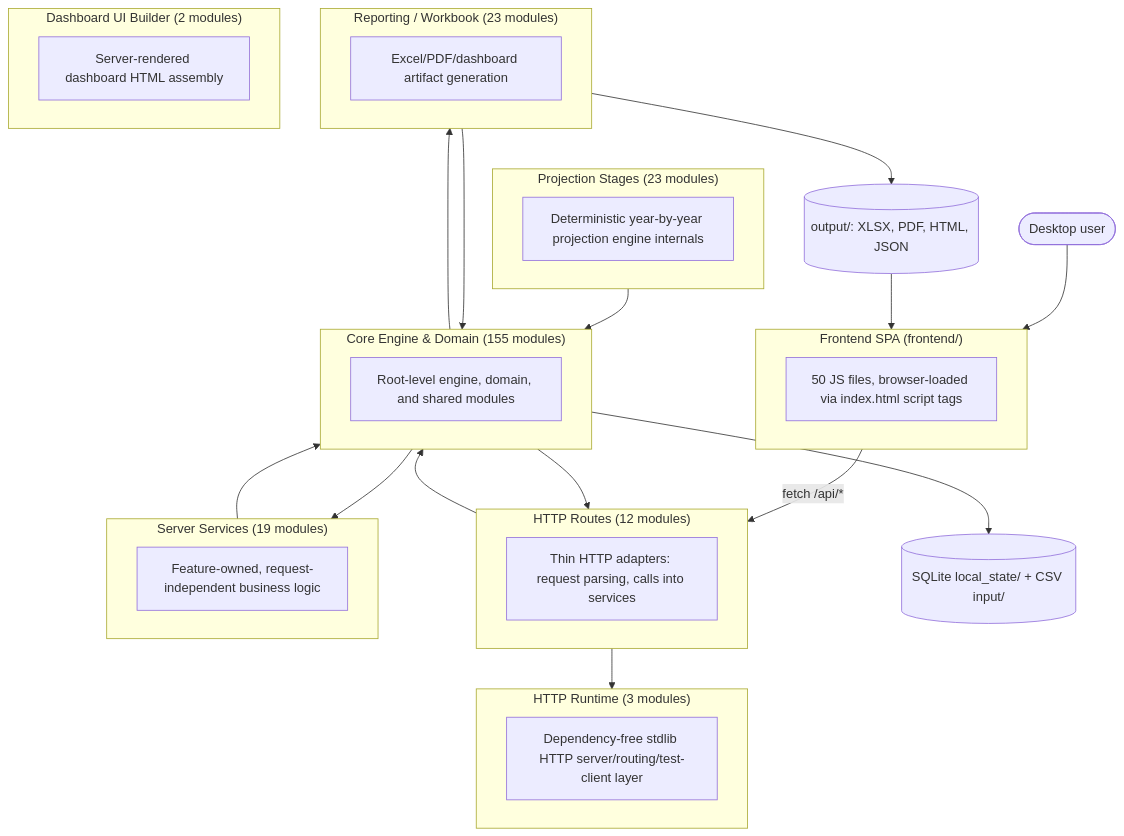
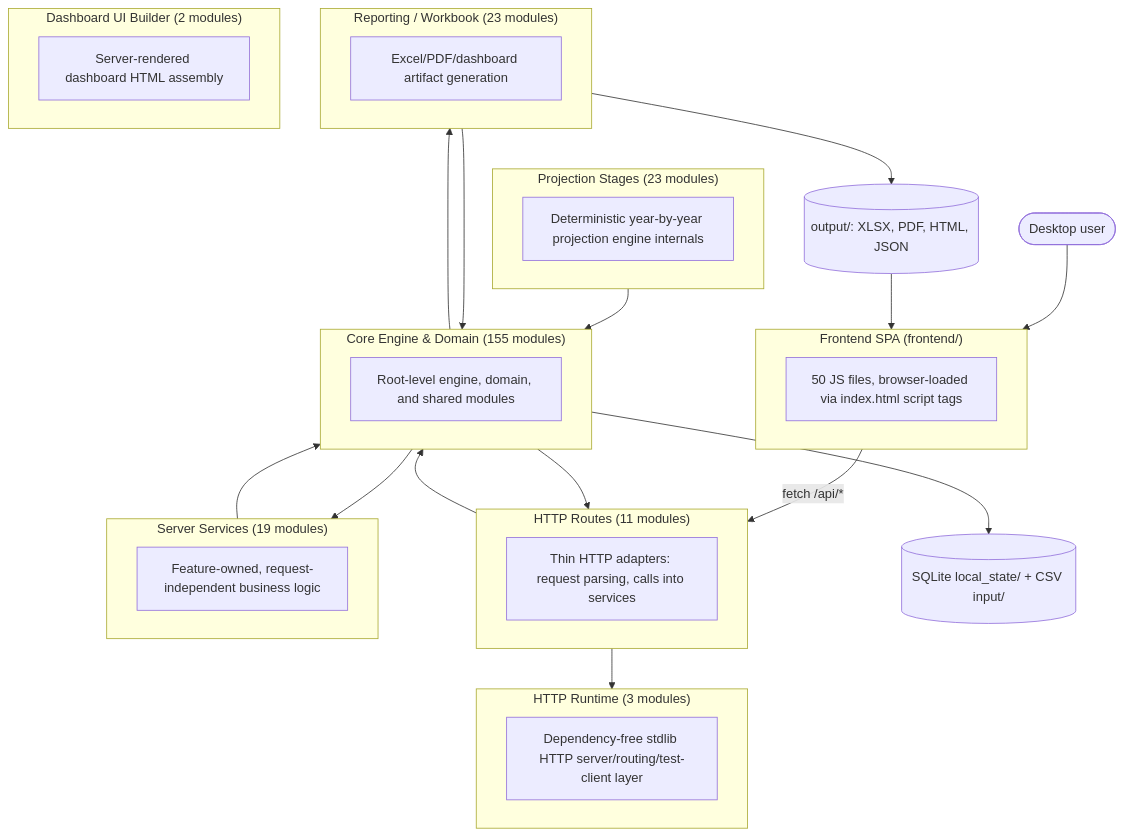
Before and after one commit to matthartzman/retirement_system: the first of 2 diagrams in documentation/reference/SYSTEM_ARCHITECTURE_DIAGRAM.md, drawn with Mermaid. The commit also changed other lines of this file, not shown here.

First line of the commit message:
Regenerate system architecture diagram

````diff
--- a/documentation/reference/SYSTEM_ARCHITECTURE_DIAGRAM.md
+++ b/documentation/reference/SYSTEM_ARCHITECTURE_DIAGRAM.md
@@ -11,40 +11,40 @@
 ```mermaid
 flowchart TB
     User(["Desktop user"]) --> FE
     subgraph FE["Frontend SPA (frontend/)"]
         FEcount["50 JS files, browser-loaded via index.html script tags"]
     end
     FE -->|fetch /api/*| L_HTTP_Routes
-    subgraph L_HTTP_Routes["HTTP Routes (12 modules)"]
+    subgraph L_HTTP_Routes["HTTP Routes (11 modules)"]
         L_HTTP_Routes_d["Thin HTTP adapters: request parsing, calls into services"]
     end
     subgraph L_Server_Services["Server Services (19 modules)"]
         L_Server_Services_d["Feature-owned, request-independent business logic"]
     end
     subgraph L_HTTP_Runtime["HTTP Runtime (3 modules)"]
         L_HTTP_Runtime_d["Dependency-free stdlib HTTP server/routing/test-client layer"]
     end
     subgraph L_Core_Engine___Domain["Core Engine & Domain (155 modules)"]
         L_Core_Engine___Domain_d["Root-level engine, domain, and shared modules"]
     end
     subgraph L_Projection_Stages["Projection Stages (23 modules)"]
         L_Projection_Stages_d["Deterministic year-by-year projection engine internals"]
     end
     subgraph L_Reporting___Workbook["Reporting / Workbook (23 modules)"]
         L_Reporting___Workbook_d["Excel/PDF/dashboard artifact generation"]
     end
     subgraph L_Dashboard_UI_Builder["Dashboard UI Builder (2 modules)"]
         L_Dashboard_UI_Builder_d["Server-rendered dashboard HTML assembly"]
     end
     L_Core_Engine___Domain --> L_HTTP_Routes
     L_Core_Engine___Domain --> L_Reporting___Workbook
     L_Core_Engine___Domain --> L_Server_Services
     L_HTTP_Routes --> L_Core_Engine___Domain
     L_HTTP_Routes --> L_HTTP_Runtime
     L_Projection_Stages --> L_Core_Engine___Domain
     L_Reporting___Workbook --> L_Core_Engine___Domain
     L_Server_Services --> L_Core_Engine___Domain
     L_Core_Engine___Domain --> DB[("SQLite local_state/ + CSV input/")]
     L_Reporting___Workbook --> Outputs[("output/: XLSX, PDF, HTML, JSON")]
     Outputs --> FE
 ```
````
